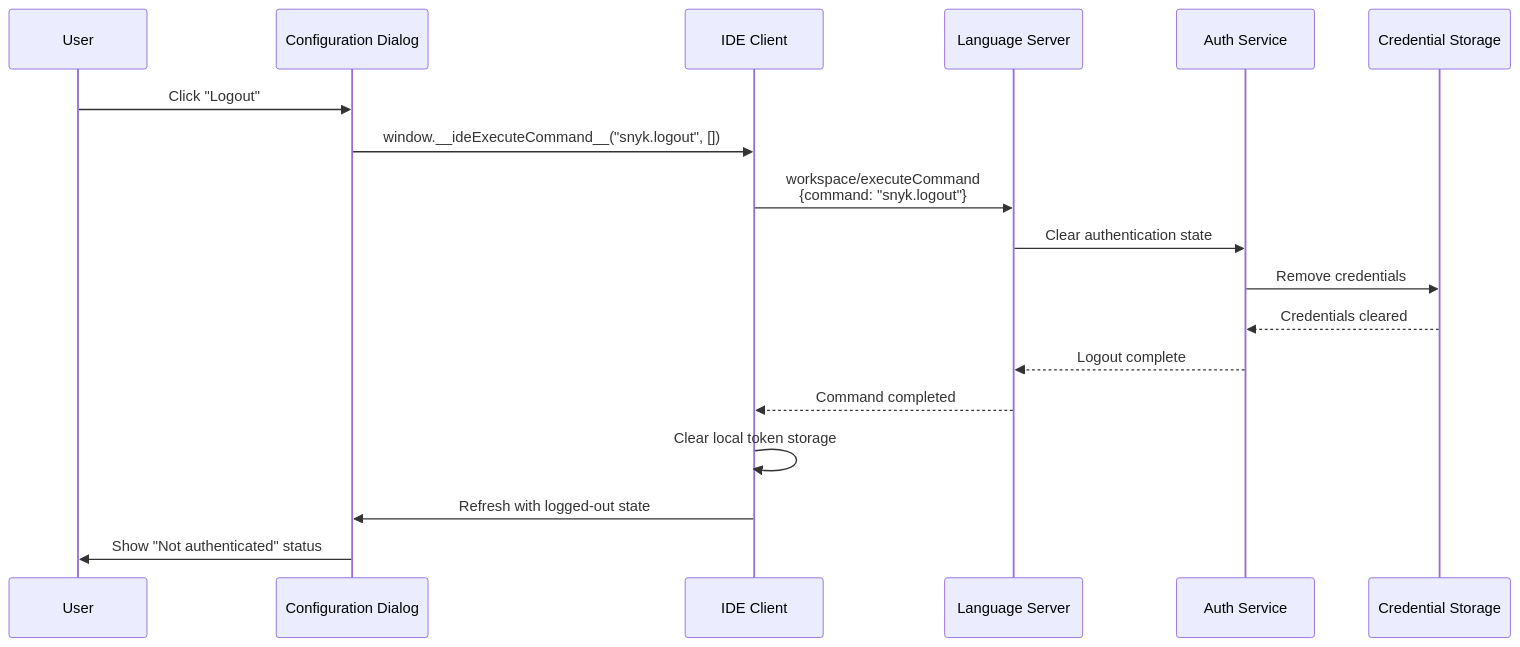
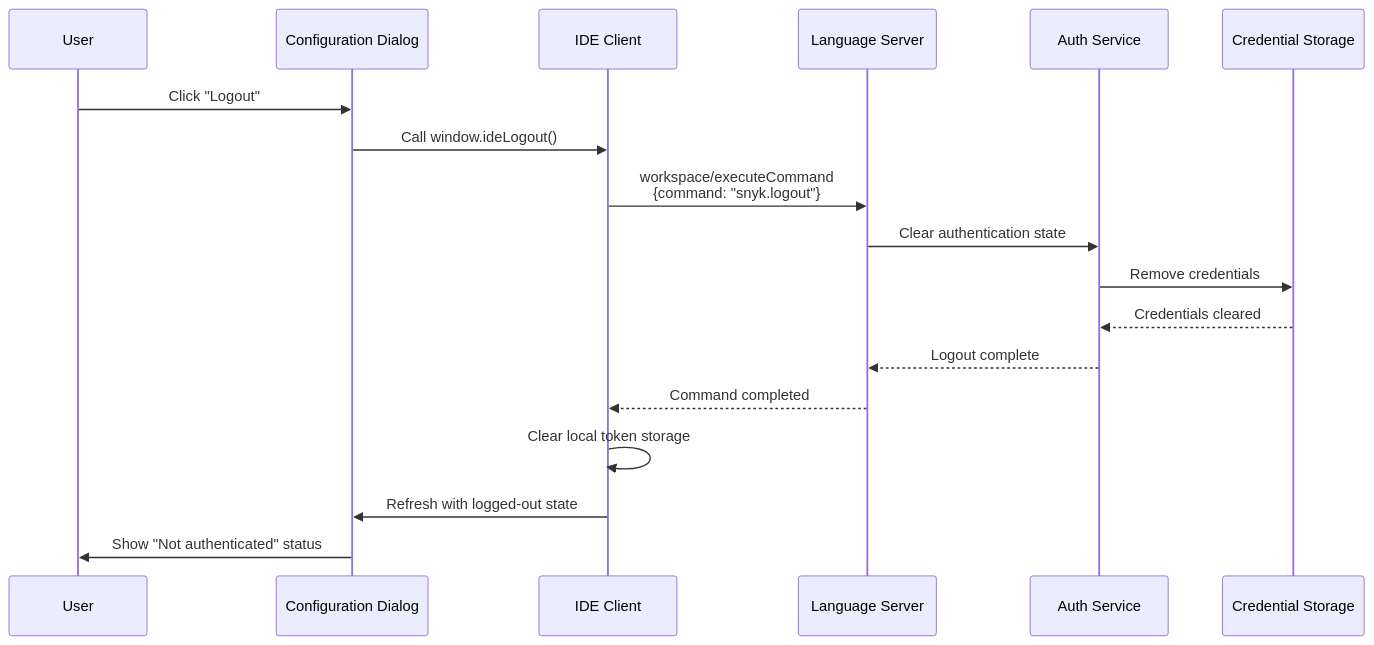
Before and after one commit to snyk/snyk-ls: the fifth of 5 diagrams in docs/configuration-dialog.md, drawn with Mermaid. The commit also changed other lines of this file and 12 other files, not shown here.

````diff
--- a/docs/configuration-dialog.md
+++ b/docs/configuration-dialog.md
@@ -566,26 +542,26 @@
 ```mermaid
 sequenceDiagram
     participant User as User
     participant Dialog as Configuration Dialog
     participant IDE as IDE Client
     participant LSP as Language Server
     participant Auth as Auth Service
     participant Storage as Credential Storage
     
     User->>Dialog: Click "Logout"
-    Dialog->>IDE: window.__ideExecuteCommand__("snyk.logout", [])
+    Dialog->>IDE: Call window.ideLogout()
     
     IDE->>LSP: workspace/executeCommand<br/>{command: "snyk.logout"}
     
     LSP->>Auth: Clear authentication state
     Auth->>Storage: Remove credentials
     Storage-->>Auth: Credentials cleared
     Auth-->>LSP: Logout complete
     
     LSP-->>IDE: Command completed
     
     IDE->>IDE: Clear local token storage
     
     IDE->>Dialog: Refresh with logged-out state
     Dialog->>User: Show "Not authenticated" status
 ```
````
